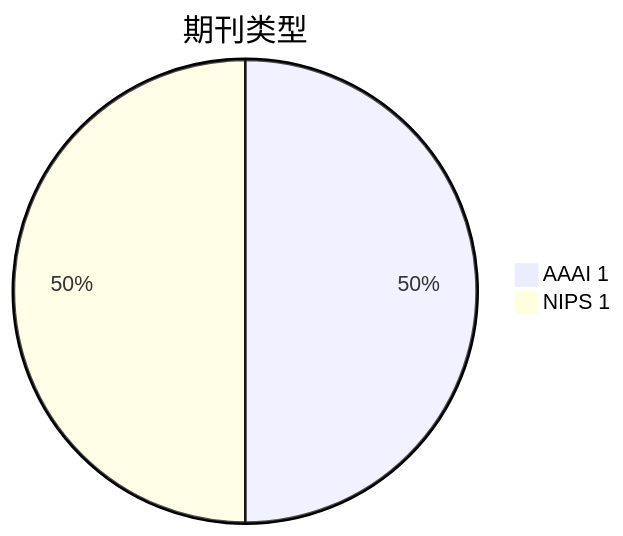
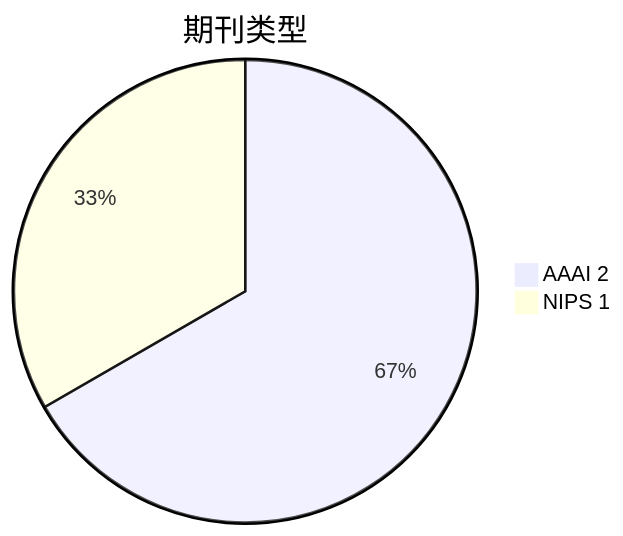
One commit to Elephant-King9/Paper changed the second of 5 diagrams in Attack/Jailbreak/analyse.md. Above: the diagram before and after it, drawn with Mermaid. The commit also changed other lines of this file and 8 other files, not shown here.

````diff
--- a/Attack/Jailbreak/analyse.md
+++ b/Attack/Jailbreak/analyse.md
@@ -25,5 +25,5 @@
 ```mermaid
 pie title 期刊类型
-    "AAAI 1" : 1
+    "AAAI 2" : 2
     "NIPS 1" : 1
 ```
````
